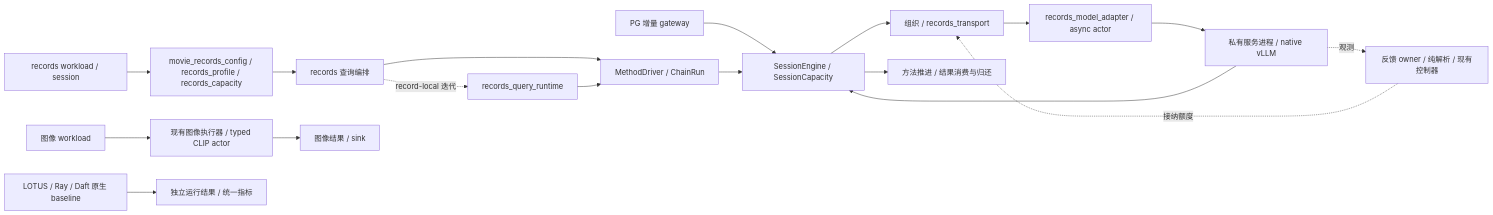
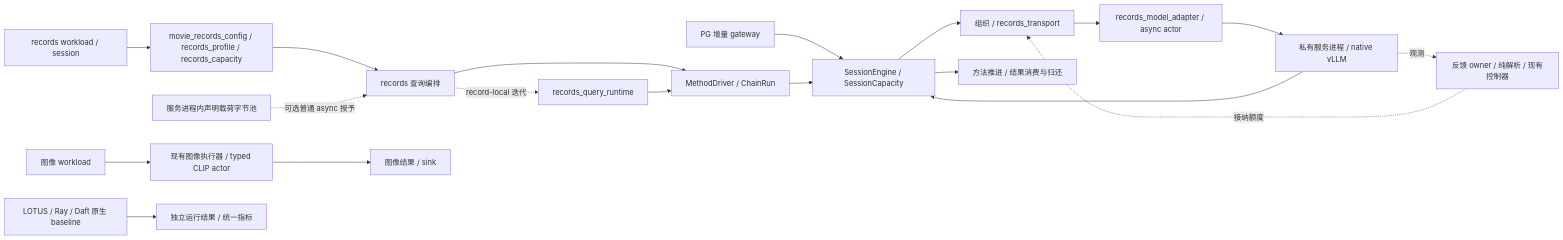
The first of 2 diagrams in experiments/results/diagnostics/records_runtime_refactor_20261104/README.md (3444374/ai-operator-execution-optimization), drawn with Mermaid before and after one commit. The commit also changed other lines of this file and 12 other files, not shown here.

````diff
--- a/experiments/results/diagnostics/records_runtime_refactor_20261104/README.md
+++ b/experiments/results/diagnostics/records_runtime_refactor_20261104/README.md
@@ -17,20 +17,21 @@
 ```mermaid
 flowchart LR
     PG["PG 增量 gateway"] --> CORE["SessionEngine / SessionCapacity"]
     REC["records workload / session"] --> CFG["movie_records_config / records_profile / records_capacity"]
     CFG --> HOST["records 查询编排"]
     HOST --> METHOD["MethodDriver / ChainRun"]
     HOST -. "record-local 迭代" .-> ITER["records_query_runtime"]
     ITER --> METHOD
     METHOD --> CORE
     CORE --> HANDOFF["组织 / records_transport"]
     HANDOFF --> ACTOR["records_model_adapter / async actor"]
     ACTOR --> MODEL["私有服务进程 / native vLLM"]
     MODEL --> CORE
     CORE --> RESULT["方法推进 / 结果消费与归还"]
     MODEL -. "观测" .-> FEEDBACK["反馈 owner / 纯解析 / 现有控制器"]
     FEEDBACK -. "接纳额度" .-> HANDOFF
+    PAYLOAD["服务进程内声明载荷字节池"] -. "可选普通 async 授予" .-> HOST
     IMG["图像 workload"] --> IMAGE["现有图像执行器 / typed CLIP actor"]
     IMAGE --> IMGRESULT["图像结果 / sink"]
     BASE["LOTUS / Ray / Daft 原生 baseline"] --> BASERESULT["独立运行结果 / 统一指标"]
 ```
````
